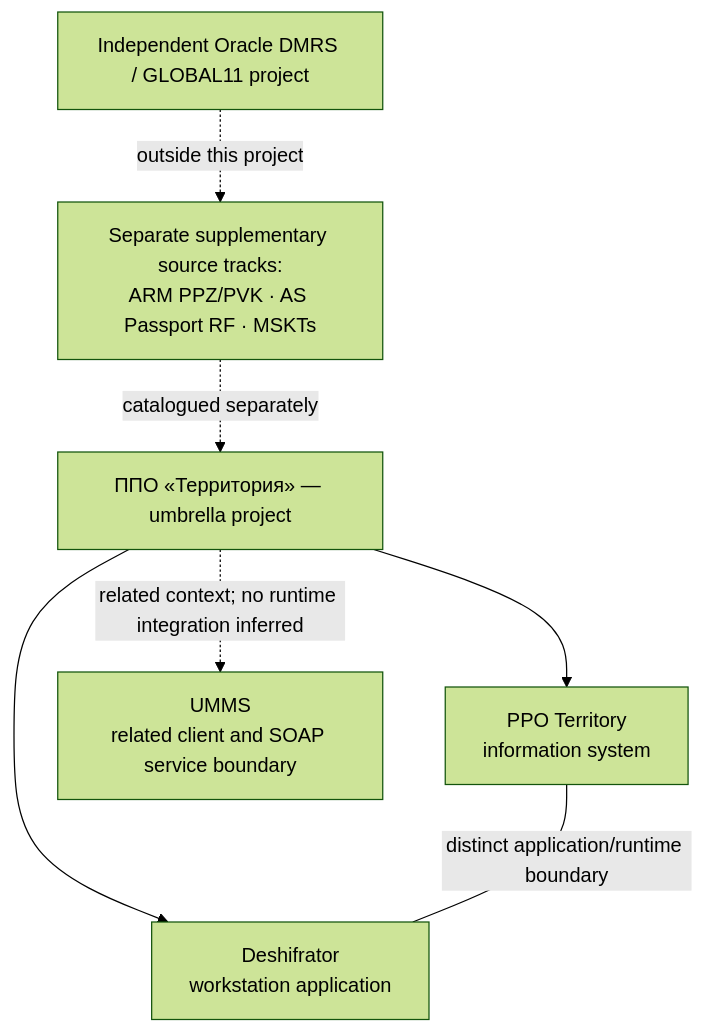
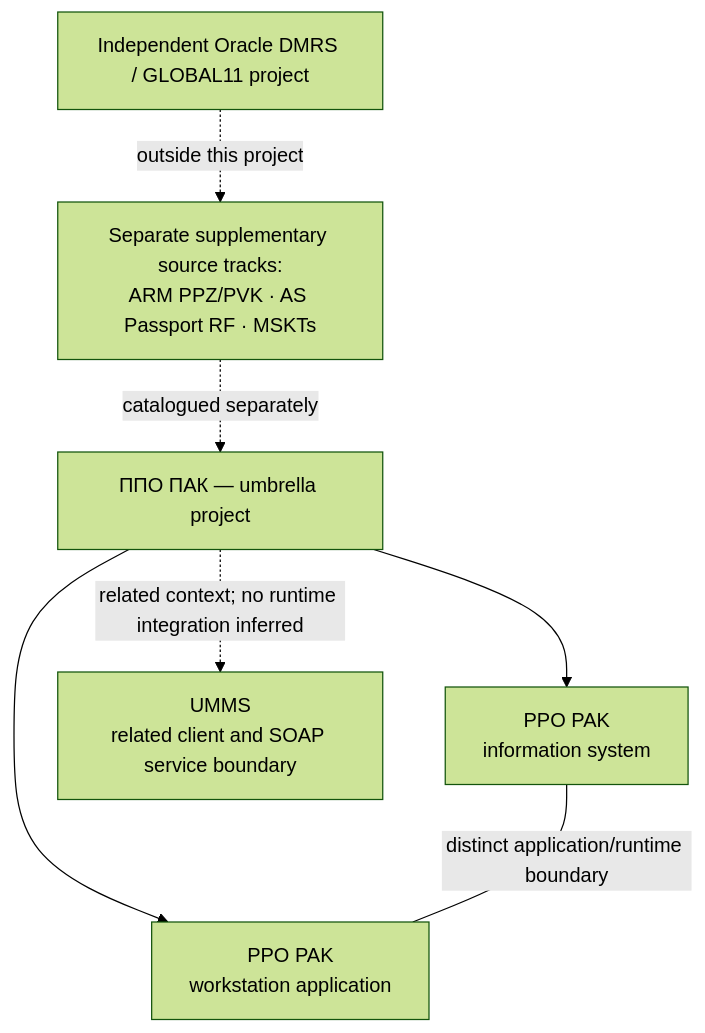
The first of 10 diagrams in materials/architecture/README.md (ekatmoz88-alt/territory-descriptor-unified), drawn with Mermaid (forest theme) before and after one commit. The commit also changed other lines of this file, not shown here.

Commit message:
Rebrand project references to PPO PAK

````diff
--- a/materials/architecture/README.md
+++ b/materials/architecture/README.md
@@ -30,15 +30,15 @@
 ```mermaid
 flowchart TB
-  PROJECT["ППО «Территория» — umbrella project"]
-  TERR["PPO Territory<br/>information system"]
-  DESH["Deshifrator<br/>workstation application"]
+  PROJECT["ППО ПАК — umbrella project"]
+  TERR["PPO PAK<br/>information system"]
+  DESH["PPO PAK<br/>workstation application"]
   UMMS["UMMS<br/>related client and SOAP service boundary"]
   SUP["Separate supplementary source tracks:<br/>ARM PPZ/PVK · AS Passport RF · MSKTs"]
   ORACLE["Independent Oracle DMRS / GLOBAL11 project"]
   PROJECT --> TERR
   PROJECT --> DESH
   PROJECT -.->|"related context; no runtime integration inferred"| UMMS
   SUP -.->|"catalogued separately"| PROJECT
   ORACLE -.->|"outside this project"| SUP
   TERR ---|"distinct application/runtime boundary"| DESH
 ```
````
